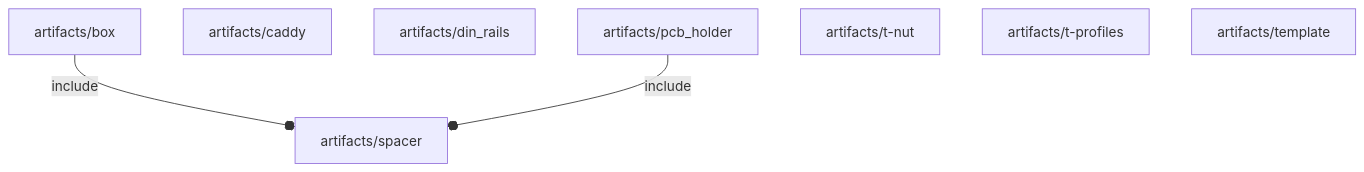
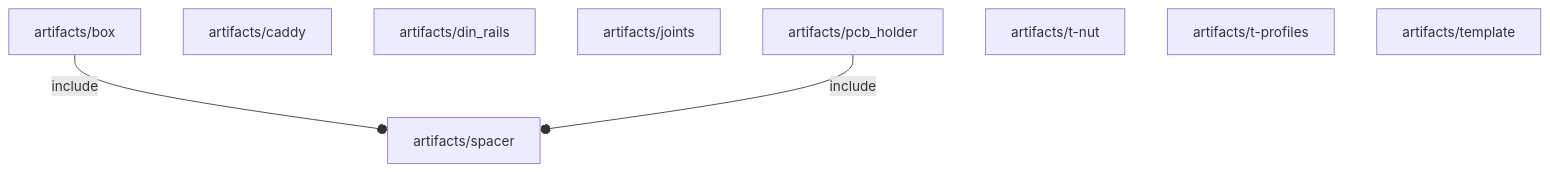
One commit to ggabbiani/OFL changed the diagram in orthodocs/artifacts/deps.md. Above: the diagram before and after it, drawn with Mermaid. The commit also changed 9 other files, not shown here.

````diff
--- a/orthodocs/artifacts/deps.md
+++ b/orthodocs/artifacts/deps.md
@@ -3,11 +3,12 @@
 ```mermaid
 graph TD
     A1[artifacts/box] --o|include| A2[artifacts/spacer]
     A3[artifacts/caddy]
     A4[artifacts/din_rails]
-    A5[artifacts/pcb_holder] --o|include| A2
+    A5[artifacts/joints]
+    A6[artifacts/pcb_holder] --o|include| A2
     A2
-    A6[artifacts/t-nut]
-    A7[artifacts/t-profiles]
-    A8[artifacts/template]
+    A7[artifacts/t-nut]
+    A8[artifacts/t-profiles]
+    A9[artifacts/template]
 ```
````
